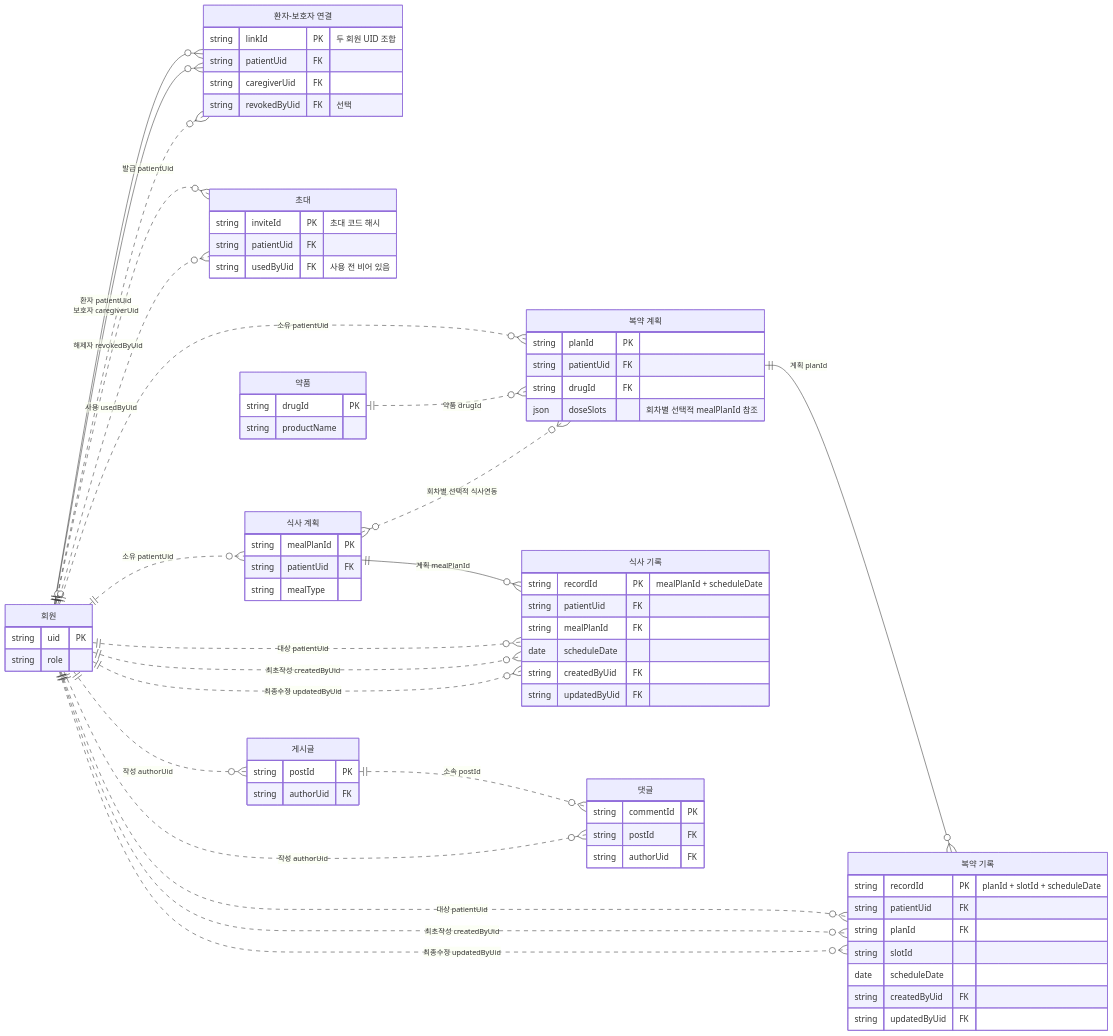
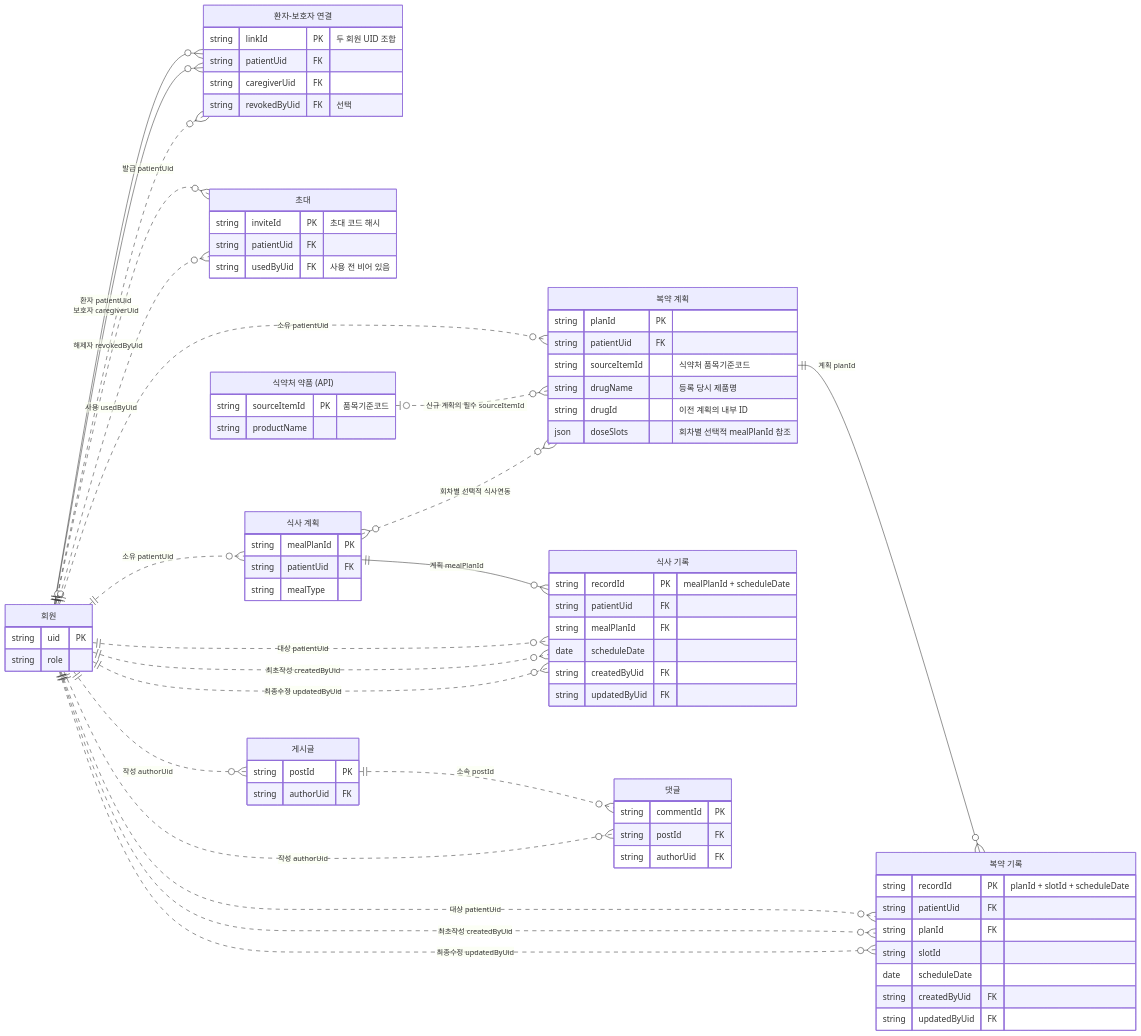
One commit to yoon788/MealCare changed the diagram in docs/mealcare-erd.mmd. Above: the diagram before and after it, drawn with Mermaid. The commit also changed 51 other files, not shown here.

```diff
--- a/docs/mealcare-erd.mmd
+++ b/docs/mealcare-erd.mmd
@@ -1,97 +1,99 @@
 erDiagram
 %% MealCare - 설계 ERD (관계 및 키 중심)
 %% 회원은 환자/보호자 역할을 갖는 공통 엔터티입니다.
 %% FK는 설계상 참조이며 Firestore가 자동 강제하지 않습니다.
 %% 실선: 식별자에 부모 ID를 사용. 점선: 일반 참조.
 %% 모든 다수 관계는 0..N입니다. usedByUid, revokedByUid는 0..1 회원 참조입니다.
 %% 연결: linkId = encode(patientUid, caregiverUid).
 %% 복약 기록: recordId = encode(planId, slotId, scheduleDate).
 %% 식사 기록: recordId = encode(mealPlanId, scheduleDate).
 %% planVersion은 기록 식별자에 포함하지 않습니다.
 %% 복약계획과 식사계획의 선택적 N:M은 doseSlots[].mealPlanId로 구현합니다.
 %% 각 복용회차는 fixed이면 식사 참조 0개, mealRelative이면 같은 환자의 식사계획 1개를 참조합니다.
 %% 초대 사용과 연결 생성/재활성화는 원자적 업무 흐름이며 직접 FK는 현재 정의하지 않았습니다.
 %% 공개프로필은 회원의 분리 저장이므로 별도 업무 엔터티로 추가하지 않았습니다.
 %% 버전/수정이력 및 스냅샷은 본 다이어그램의 10개 핵심 엔터티 밖의 보조 저장 구조입니다.
 %% 식사기록은 현재 환자만 작성/수정할 수 있으며, 작성/수정자 FK는 그 제약과 별도로 표시합니다.
 %% 따봉 지피티야 고마워
 
     direction LR
 
     member["회원"] {
         string uid PK
         string role
     }
     careLink["환자-보호자 연결"] {
         string linkId PK "두 회원 UID 조합"
         string patientUid FK
         string caregiverUid FK
         string revokedByUid FK "선택"
     }
     invite["초대"] {
         string inviteId PK "초대 코드 해시"
         string patientUid FK
         string usedByUid FK "사용 전 비어 있음"
     }
-    drug["약품"] {
-        string drugId PK
+    drug["식약처 약품 (API)"] {
+        string sourceItemId PK "품목기준코드"
         string productName
     }
     medicationPlan["복약 계획"] {
         string planId PK
         string patientUid FK
-        string drugId FK
+        string sourceItemId "식약처 품목기준코드"
+        string drugName "등록 당시 제품명"
+        string drugId "이전 계획의 내부 ID"
         json doseSlots "회차별 선택적 mealPlanId 참조"
     }
     mealPlan["식사 계획"] {
         string mealPlanId PK
         string patientUid FK
         string mealType
     }
     medicationRecord["복약 기록"] {
         string recordId PK "planId + slotId + scheduleDate"
         string patientUid FK
         string planId FK
         string slotId
         date scheduleDate
         string createdByUid FK
         string updatedByUid FK
     }
     mealRecord["식사 기록"] {
         string recordId PK "mealPlanId + scheduleDate"
         string patientUid FK
         string mealPlanId FK
         date scheduleDate
         string createdByUid FK
         string updatedByUid FK
     }
     post["게시글"] {
         string postId PK
         string authorUid FK
     }
     comment["댓글"] {
         string commentId PK
         string postId FK
         string authorUid FK
     }
 
     member ||--o{ careLink : "환자 patientUid"
     member ||--o{ careLink : "보호자 caregiverUid"
     member |o..o{ careLink : "해제자 revokedByUid"
     member ||..o{ invite : "발급 patientUid"
     member |o..o{ invite : "사용 usedByUid"
     member ||..o{ medicationPlan : "소유 patientUid"
     member ||..o{ mealPlan : "소유 patientUid"
-    drug ||..o{ medicationPlan : "약품 drugId"
+    drug |o..o{ medicationPlan : "신규 계획의 필수 sourceItemId"
     medicationPlan ||--o{ medicationRecord : "계획 planId"
     mealPlan ||--o{ mealRecord : "계획 mealPlanId"
     mealPlan }o..o{ medicationPlan : "회차별 선택적 식사연동"
     member ||..o{ medicationRecord : "대상 patientUid"
     member ||..o{ medicationRecord : "최초작성 createdByUid"
     member ||..o{ medicationRecord : "최종수정 updatedByUid"
     member ||..o{ mealRecord : "대상 patientUid"
     member ||..o{ mealRecord : "최초작성 createdByUid"
     member ||..o{ mealRecord : "최종수정 updatedByUid"
     member ||..o{ post : "작성 authorUid"
     post ||..o{ comment : "소속 postId"
     member ||..o{ comment : "작성 authorUid"
```
